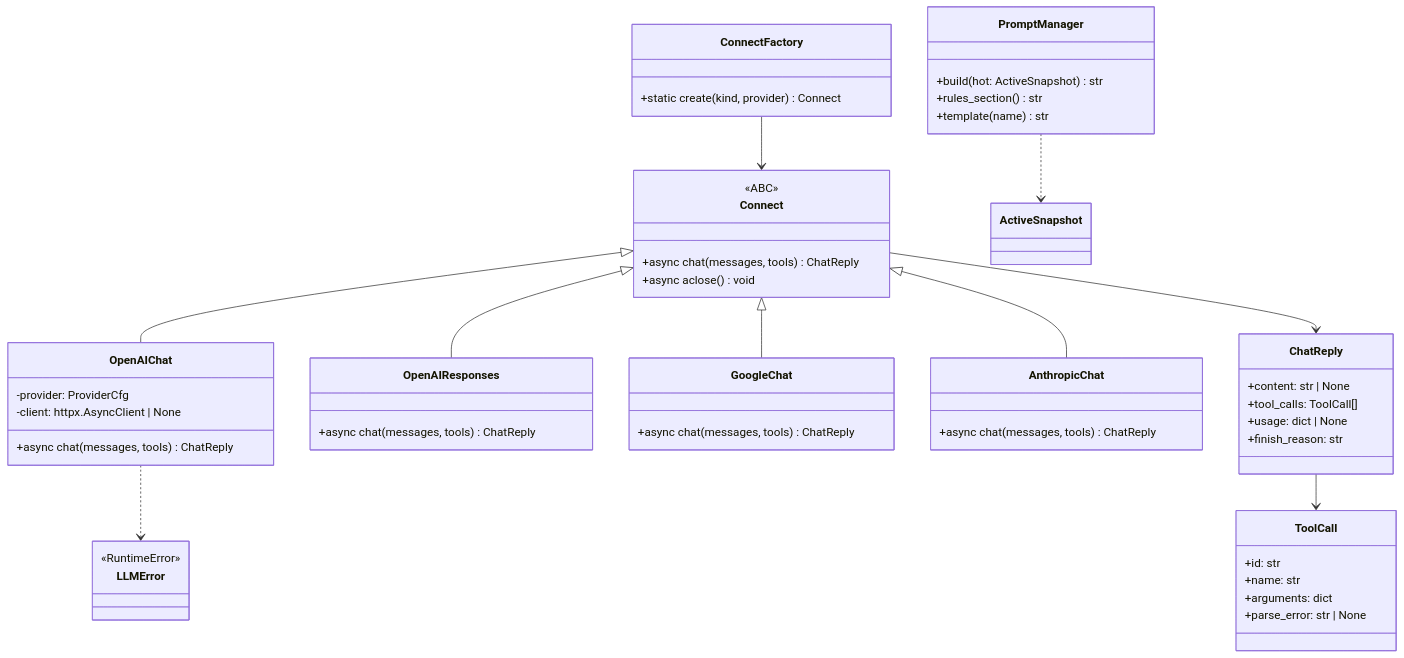
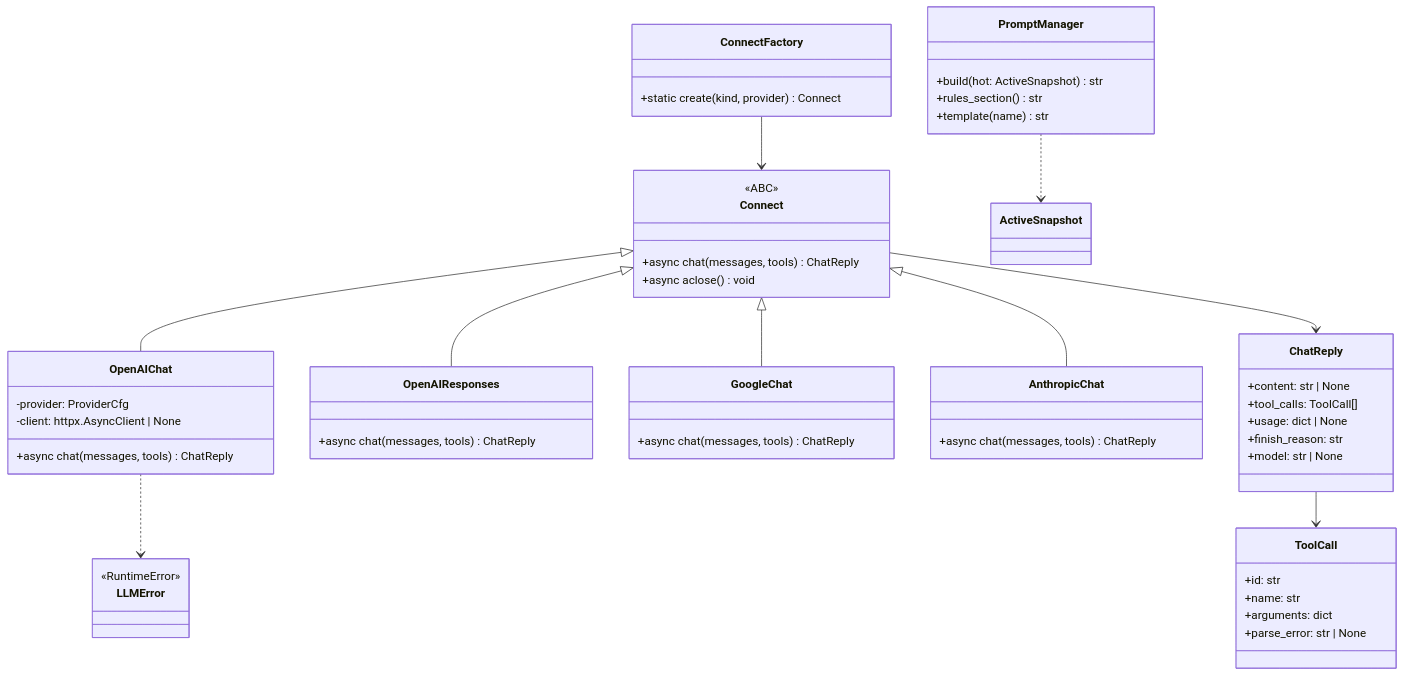
Before and after one commit to Flowerf19/thyca-ai: the diagram in .agents/plans/services/llm.md, drawn with Mermaid. The commit also changed other lines of this file and 9 other files, not shown here.

First line of the commit message:
docs: sync 0.4.0 architecture and activate trace notebook plan

````diff
--- a/.agents/plans/services/llm.md
+++ b/.agents/plans/services/llm.md
@@ -17,54 +17,55 @@
 ```mermaid
 classDiagram
     class PromptManager {
         +build(hot: ActiveSnapshot) str
         +rules_section() str
         +template(name) str
     }
     class Connect {
         <<ABC>>
         +async chat(messages, tools) ChatReply
         +async aclose() void
     }
     class OpenAIChat {
         -provider: ProviderCfg
         -client: httpx.AsyncClient | None
         +async chat(messages, tools) ChatReply
     }
     class OpenAIResponses {
         +async chat(messages, tools) ChatReply
     }
     class GoogleChat {
         +async chat(messages, tools) ChatReply
     }
     class AnthropicChat {
         +async chat(messages, tools) ChatReply
     }
     class ConnectFactory {
         +static create(kind, provider) Connect
     }
     class ChatReply {
         +content: str | None
         +tool_calls: ToolCall[]
         +usage: dict | None
         +finish_reason: str
+        +model: str | None
     }
     class LLMError {
         <<RuntimeError>>
     }
     class ToolCall {
         +id: str
         +name: str
         +arguments: dict
         +parse_error: str | None
     }
     PromptManager ..> ActiveSnapshot
     Connect <|-- OpenAIChat
     Connect <|-- OpenAIResponses
     Connect <|-- GoogleChat
     Connect <|-- AnthropicChat
     ConnectFactory --> Connect
     Connect --> ChatReply
     ChatReply --> ToolCall
     OpenAIChat ..> LLMError
 ```
````
